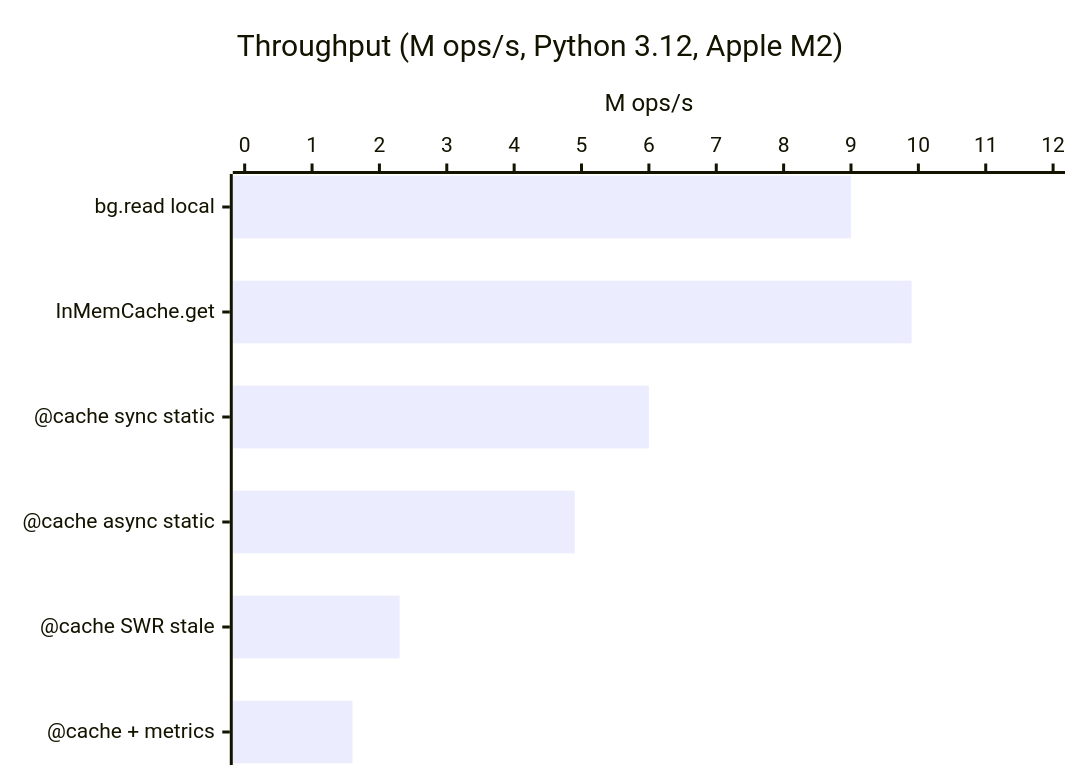
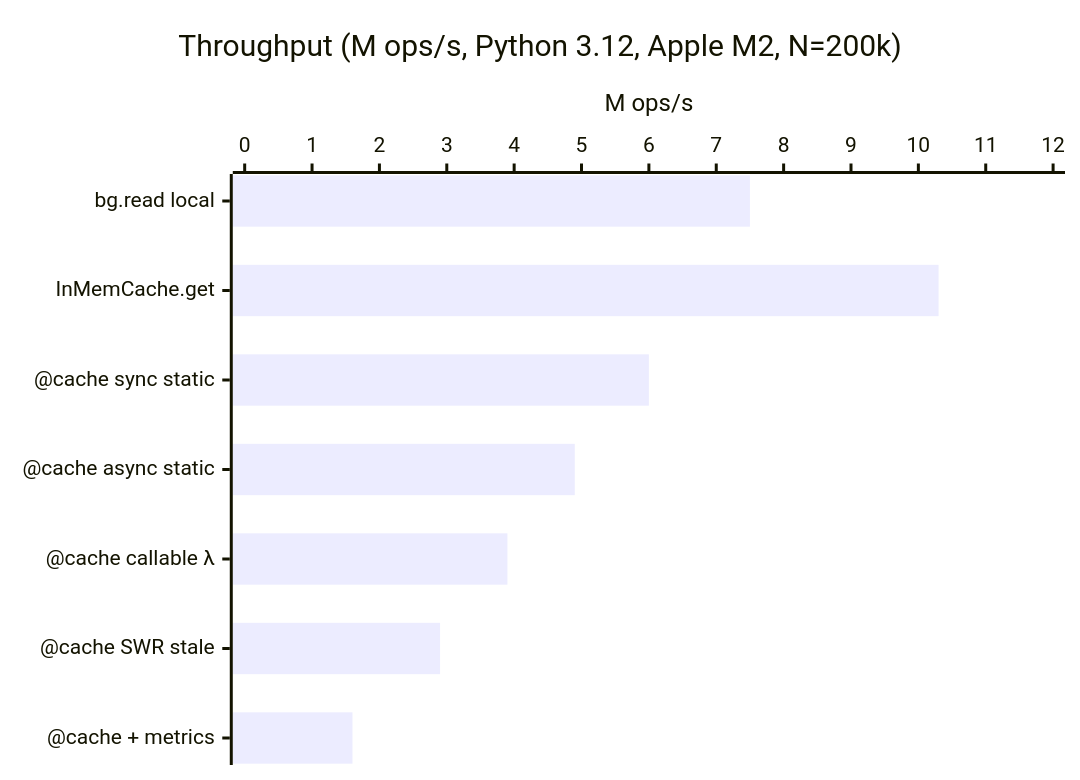
Before and after one commit to agkloop/advanced_caching: diagram 13 of 15 in docs/guide.md, drawn with Mermaid. The commit also changed other lines of this file and 18 other files, not shown here.

````diff
--- a/docs/guide.md
+++ b/docs/guide.md
@@ -876,7 +969,7 @@
 ```mermaid
 xychart-beta horizontal
-    title "Throughput (M ops/s, Python 3.12, Apple M2)"
-    x-axis ["bg.read local", "InMemCache.get", "@cache sync static", "@cache async static", "@cache SWR stale", "@cache + metrics"]
+    title "Throughput (M ops/s, Python 3.12, Apple M2, N=200k)"
+    x-axis ["bg.read local", "InMemCache.get", "@cache sync static", "@cache async static", "@cache callable λ", "@cache SWR stale", "@cache + metrics"]
     y-axis "M ops/s" 0 --> 12
-    bar [9.0, 9.9, 6.0, 4.9, 2.3, 1.6]
+    bar [7.5, 10.3, 6.0, 4.9, 3.9, 2.9, 1.6]
 ```
````
